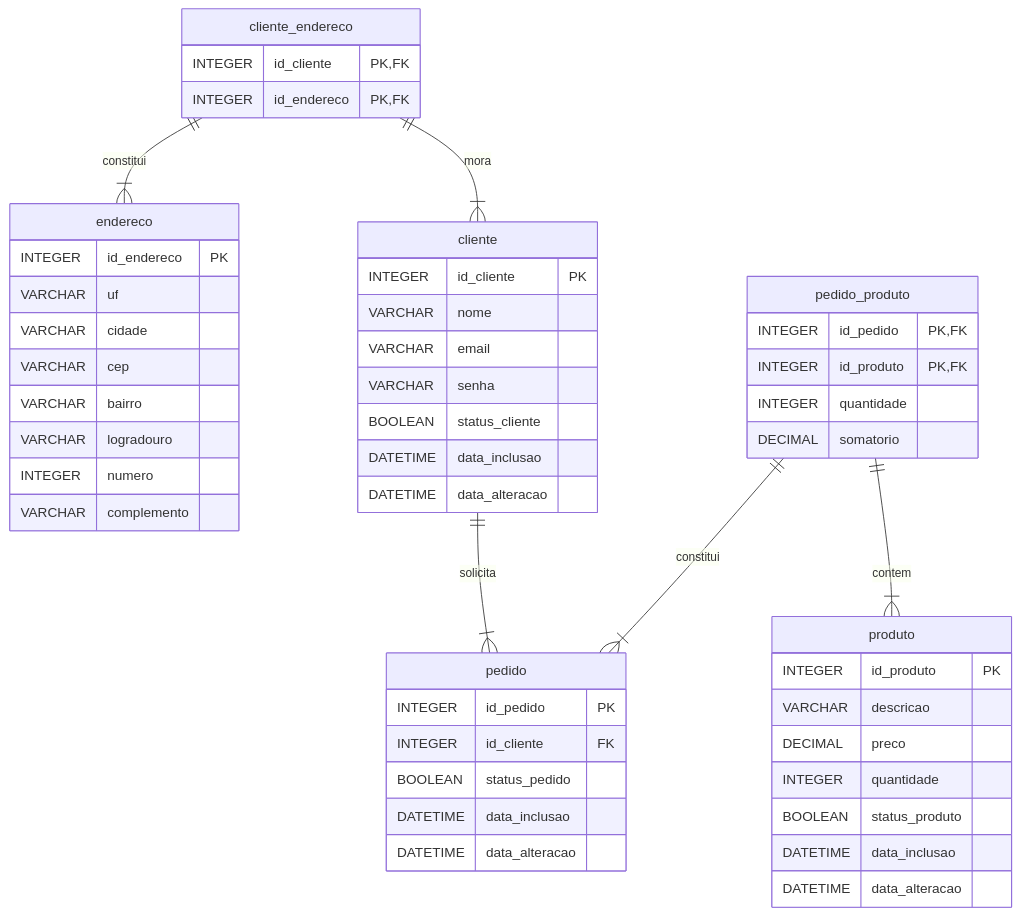
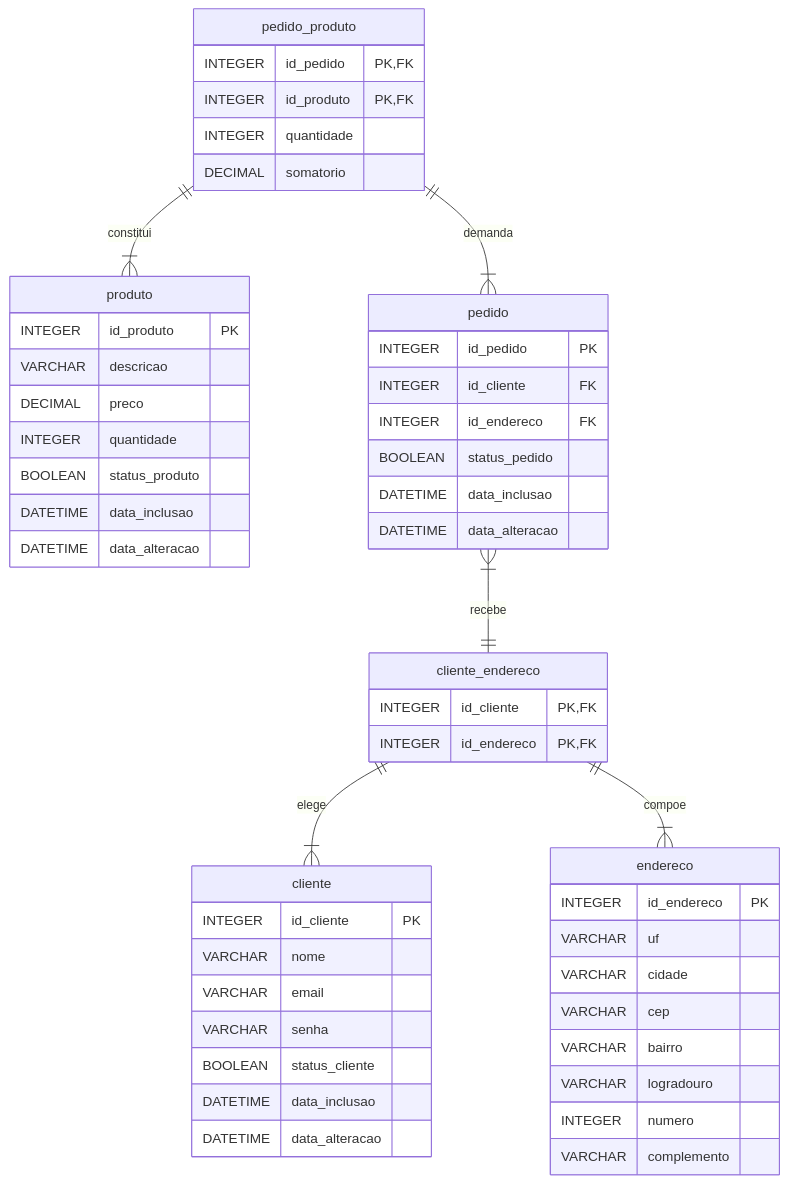
One commit to opsrcode/mini-mercado-virtual changed the diagram in README.md. Above: the diagram before and after it, drawn with Mermaid. The commit also changed other lines of this file and 5 other files, not shown here.

````diff
--- a/README.md
+++ b/README.md
@@ -59,53 +59,54 @@
 ```mermaid
 erDiagram
     endereco {
         INTEGER id_endereco PK
         VARCHAR uf 
         VARCHAR cidade
         VARCHAR cep
         VARCHAR bairro
         VARCHAR logradouro
         INTEGER numero
         VARCHAR complemento
     }
-    cliente ||--|{ pedido : solicita
     cliente {
         INTEGER  id_cliente PK
         VARCHAR  nome
         VARCHAR  email
         VARCHAR  senha
         BOOLEAN  status_cliente 
         DATETIME data_inclusao
         DATETIME data_alteracao
     }
-    cliente_endereco ||--|{ cliente  : mora
-    cliente_endereco ||--|{ endereco : constitui
+    cliente_endereco ||--|{ cliente  : elege
+    cliente_endereco ||--|{ endereco : compoe
     cliente_endereco {
         INTEGER id_cliente  PK,FK
         INTEGER id_endereco PK,FK
     }
     produto {
         INTEGER  id_produto PK
         VARCHAR  descricao
         DECIMAL  preco
         INTEGER  quantidade
         BOOLEAN  status_produto 
         DATETIME data_inclusao
         DATETIME data_alteracao
     }
+    pedido }|--|| cliente_endereco : recebe
     pedido {
-        INTEGER  id_pedido  PK
-        INTEGER  id_cliente FK
+        INTEGER  id_pedido   PK
+        INTEGER  id_cliente  FK
+        INTEGER  id_endereco FK
         BOOLEAN  status_pedido
         DATETIME data_inclusao
         DATETIME data_alteracao
     }
-    pedido_produto ||--|{ pedido  : constitui
-    pedido_produto ||--|{ produto : contem
+    pedido_produto ||--|{ pedido  : demanda
+    pedido_produto ||--|{ produto : constitui
     pedido_produto {
         INTEGER id_pedido  PK,FK
         INTEGER id_produto PK,FK
         INTEGER quantidade
         DECIMAL somatorio
     }
 ```
````
